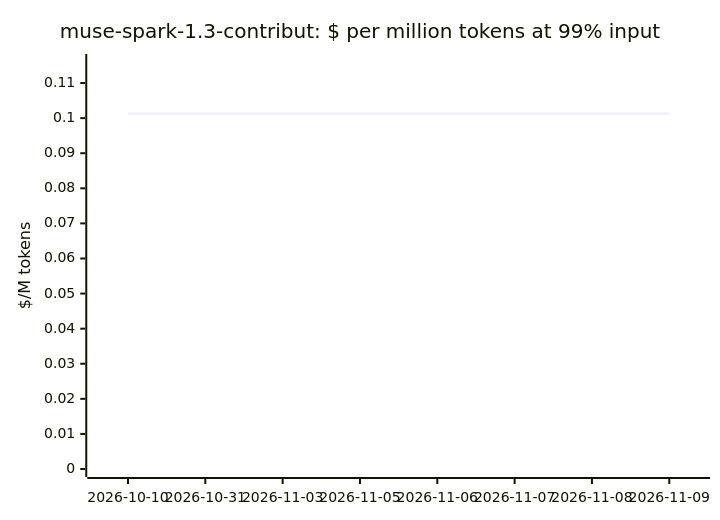
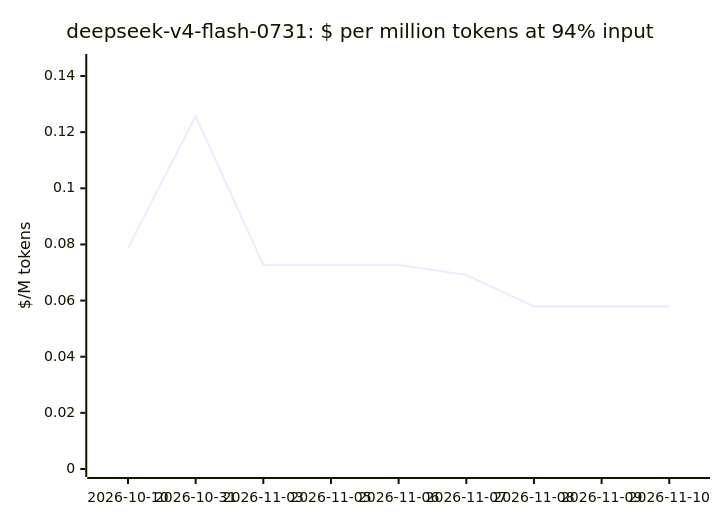
Before and after one commit to cklukas/OMEGA_TRANSFORM: the ninth of 19 diagrams in docs/openrouter-models.md, drawn with Mermaid. The commit also changed other lines of this file and 49 other files, not shown here.

````diff
--- a/docs/openrouter-models.md
+++ b/docs/openrouter-models.md
@@ -212,7 +208,7 @@
 ```mermaid
 xychart-beta
-    title "muse-spark-1.3-contribut: $ per million tokens at 99% input"
-    x-axis ["2026-10-10", "2026-10-31", "2026-11-03", "2026-11-05", "2026-11-06", "2026-11-07", "2026-11-08", "2026-11-09"]
-    y-axis "$/M tokens" 0 --> 0.116
-    line [0.1013, 0.1013, 0.1013, 0.1013, 0.1013, 0.1013, 0.1013, 0.1013]
+    title "deepseek-v4-flash-0731: $ per million tokens at 94% input"
+    x-axis ["2026-10-10", "2026-10-31", "2026-11-03", "2026-11-05", "2026-11-06", "2026-11-07", "2026-11-08", "2026-11-09", "2026-11-10"]
+    y-axis "$/M tokens" 0 --> 0.145
+    line [0.07872, 0.1257, 0.07265, 0.07265, 0.07265, 0.06916, 0.05793, 0.05793, 0.05793]
 ```
````
